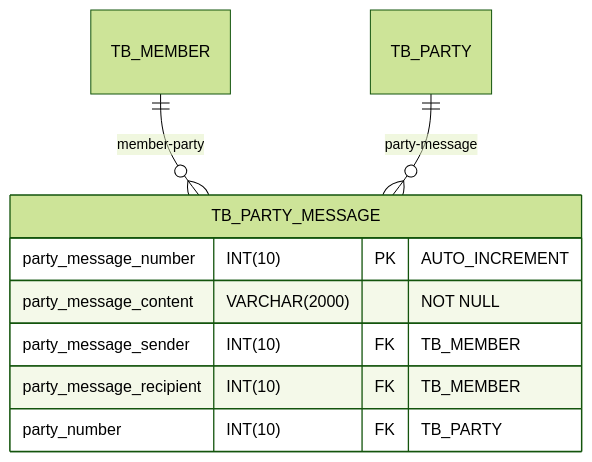
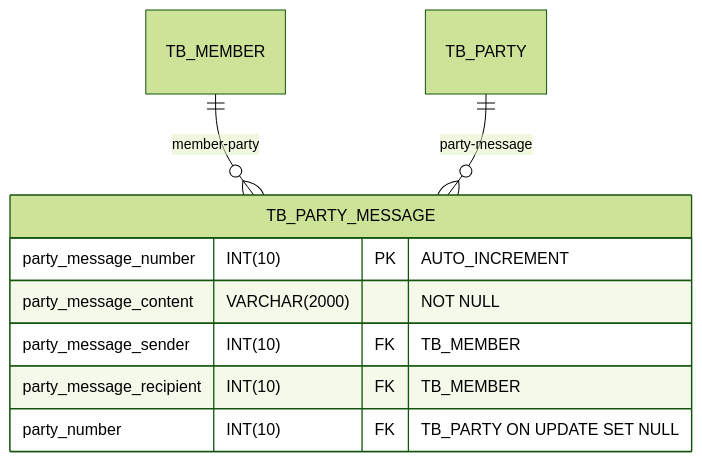
One commit to Choongang-Third-Project/jeju-campking changed the seventh of 10 diagrams in docs/README.md. Above: the diagram before and after it, drawn with Mermaid (forest theme). The commit also changed other lines of this file, not shown here.

````diff
--- a/docs/README.md
+++ b/docs/README.md
@@ -325,23 +326,23 @@
 ```mermaid
 erDiagram
     TB_MEMBER ||--o{ TB_PARTY_MESSAGE: member-party
     TB_PARTY ||--o{ TB_PARTY_MESSAGE: party-message
 
     TB_MEMBER {
     }
 
 
     TB_PARTY {
     }
 
 
     TB_PARTY_MESSAGE {
         party_message_number INT(10) PK "AUTO_INCREMENT"
         party_message_content VARCHAR(2000) "NOT NULL"
         party_message_sender INT(10) FK "TB_MEMBER"
         party_message_recipient INT(10) FK "TB_MEMBER"
         
-        party_number INT(10) FK "TB_PARTY"
+        party_number INT(10) FK "TB_PARTY ON UPDATE SET NULL"
     }
 
 ```
````
